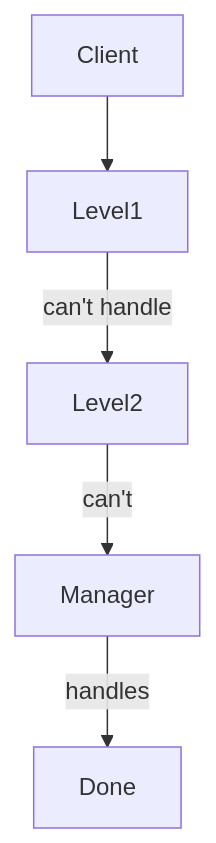
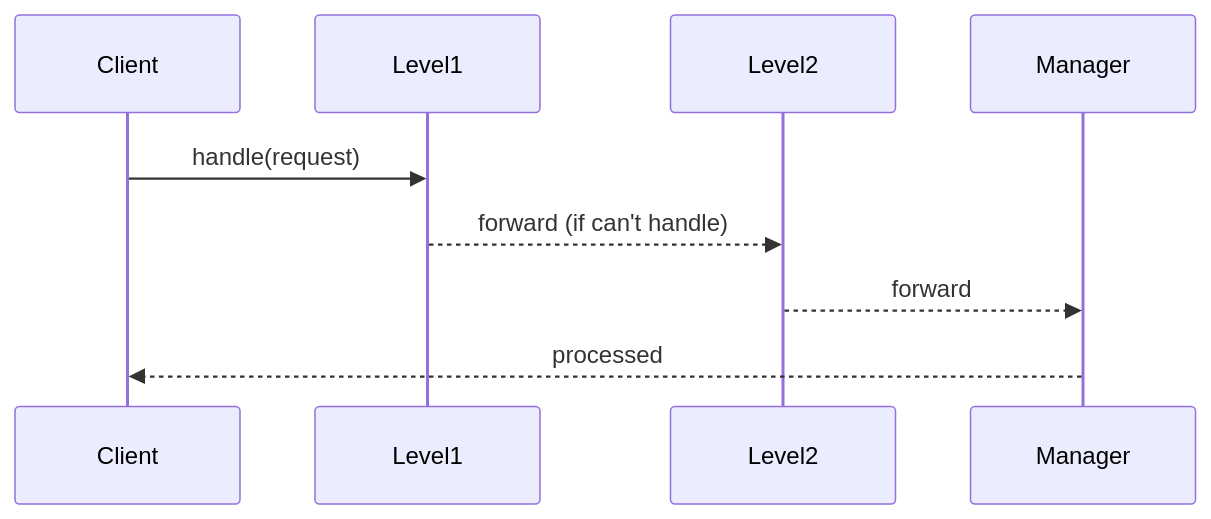
Before and after one commit to dagudelo88/From-Zero-to-hero-Software-engineer: the first of 2 diagrams in From Zero To Hero/2. Programming Paradigms & Architecture/2.1.3 Behavioral Design Patterns.md, drawn with Mermaid. The commit also changed other lines of this file and 5 other files, not shown here.

````diff
--- a/From Zero To Hero/2. Programming Paradigms & Architecture/2.1.3 Behavioral Design Patterns.md
+++ b/From Zero To Hero/2. Programming Paradigms & Architecture/2.1.3 Behavioral Design Patterns.md
@@ -61,7 +127,11 @@
 ```mermaid
-graph TD
-    Client --> Level1
-    Level1 -->|can't handle| Level2
-    Level2 -->|can't| Manager
-    Manager -->|handles| Done
+sequenceDiagram
+    participant Client
+    participant Level1
+    participant Level2
+    participant Manager
+    Client->>Level1: handle(request)
+    Level1-->>Level2: forward (if can't handle)
+    Level2-->>Manager: forward
+    Manager-->>Client: processed
 ```
````
